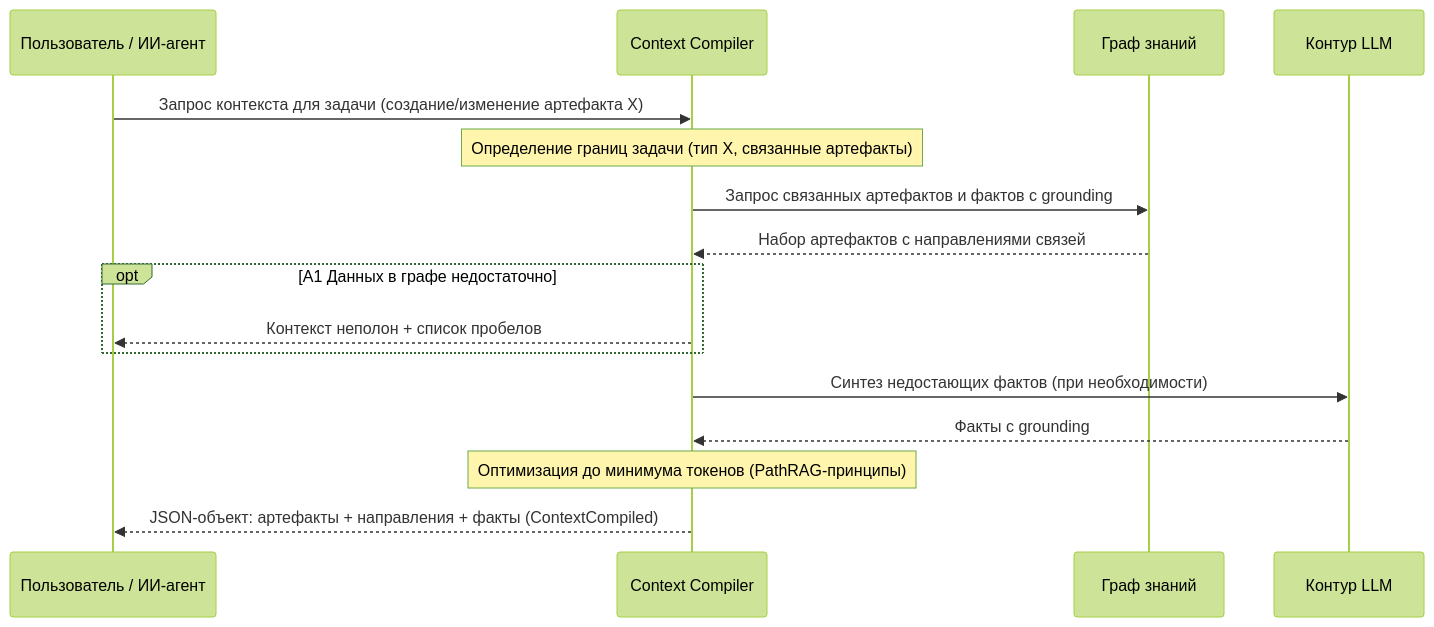
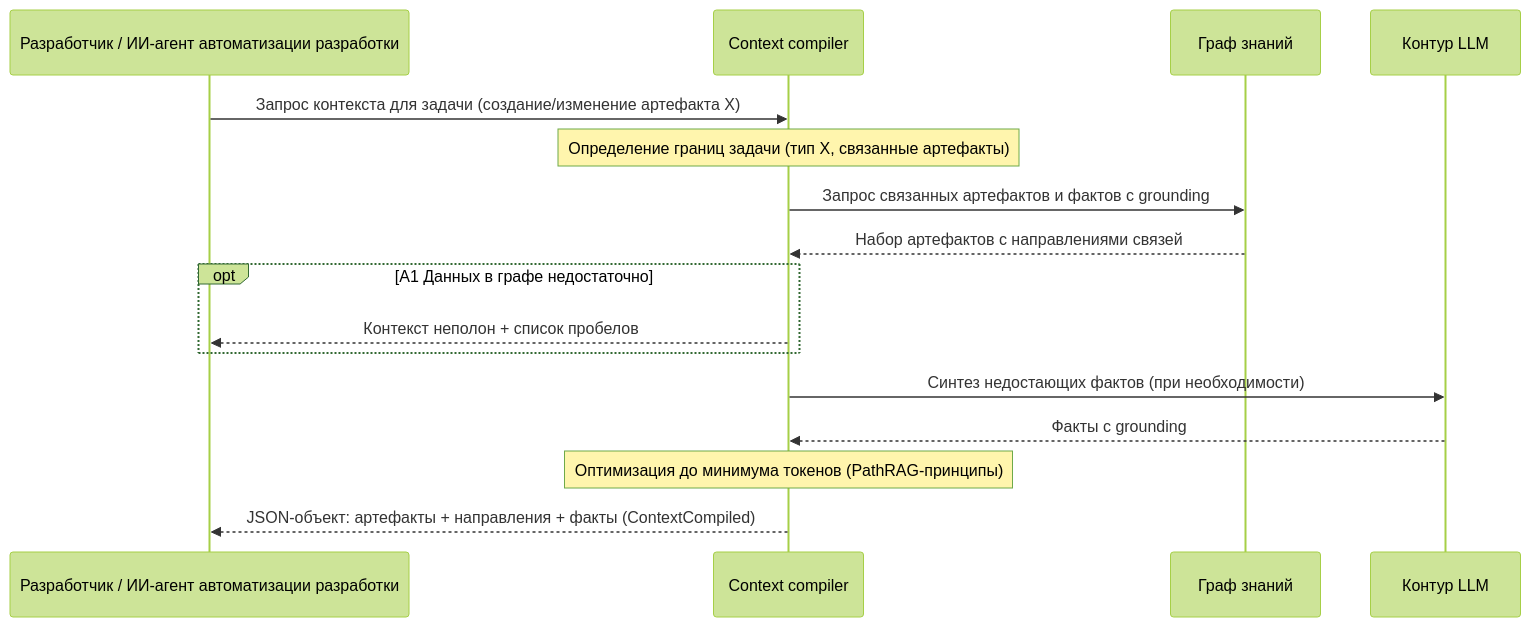
The diagram in specs/use-cases/UC-context.build.generate.md (n-marusov/graphrag), drawn with Mermaid (forest theme) before and after one commit. The commit also changed other lines of this file and 24 other files, not shown here.

````diff
--- a/specs/use-cases/UC-context.build.generate.md
+++ b/specs/use-cases/UC-context.build.generate.md
@@ -15,28 +15,28 @@
 ```mermaid
 sequenceDiagram
-    participant User as Пользователь / ИИ-агент
-    participant CC as Context Compiler
+    participant User as Разработчик / ИИ-агент автоматизации разработки
+    participant CC as Context compiler
     participant KG as Граф знаний
     participant LLM as Контур LLM
 
     User->>CC: Запрос контекста для задачи (создание/изменение артефакта X)
 
     %% --- 1. Границы задачи ---
     Note over CC: Определение границ задачи (тип X, связанные артефакты)
 
     %% --- 2. Сбор набора ---
     CC->>KG: Запрос связанных артефактов и фактов с grounding
     KG-->>CC: Набор артефактов с направлениями связей
 
     opt A1 Данных в графе недостаточно
         CC-->>User: Контекст неполон + список пробелов
     end
 
     %% --- 3. Синтез фактов ---
     CC->>LLM: Синтез недостающих фактов (при необходимости)
     LLM-->>CC: Факты с grounding
 
     %% --- 4. Оптимизация и формирование ---
     Note over CC: Оптимизация до минимума токенов (PathRAG-принципы)
     CC-->>User: JSON-объект: артефакты + направления + факты (ContextCompiled)
 ```
````
